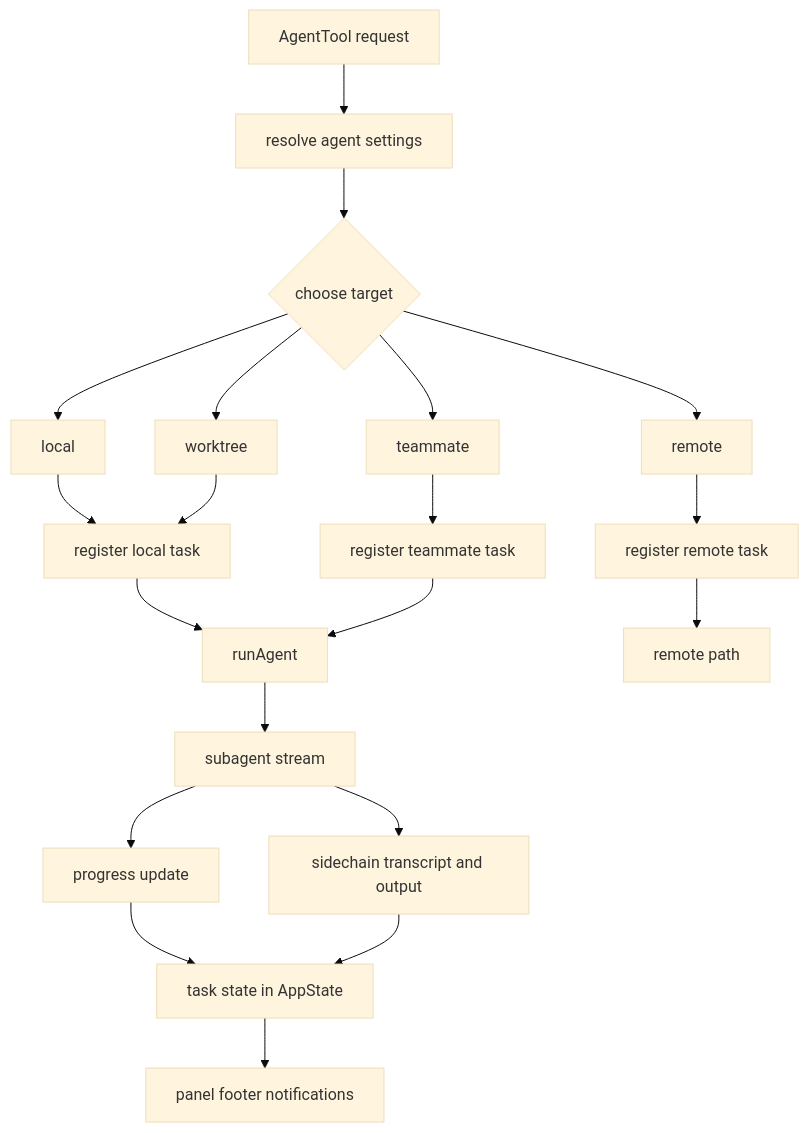
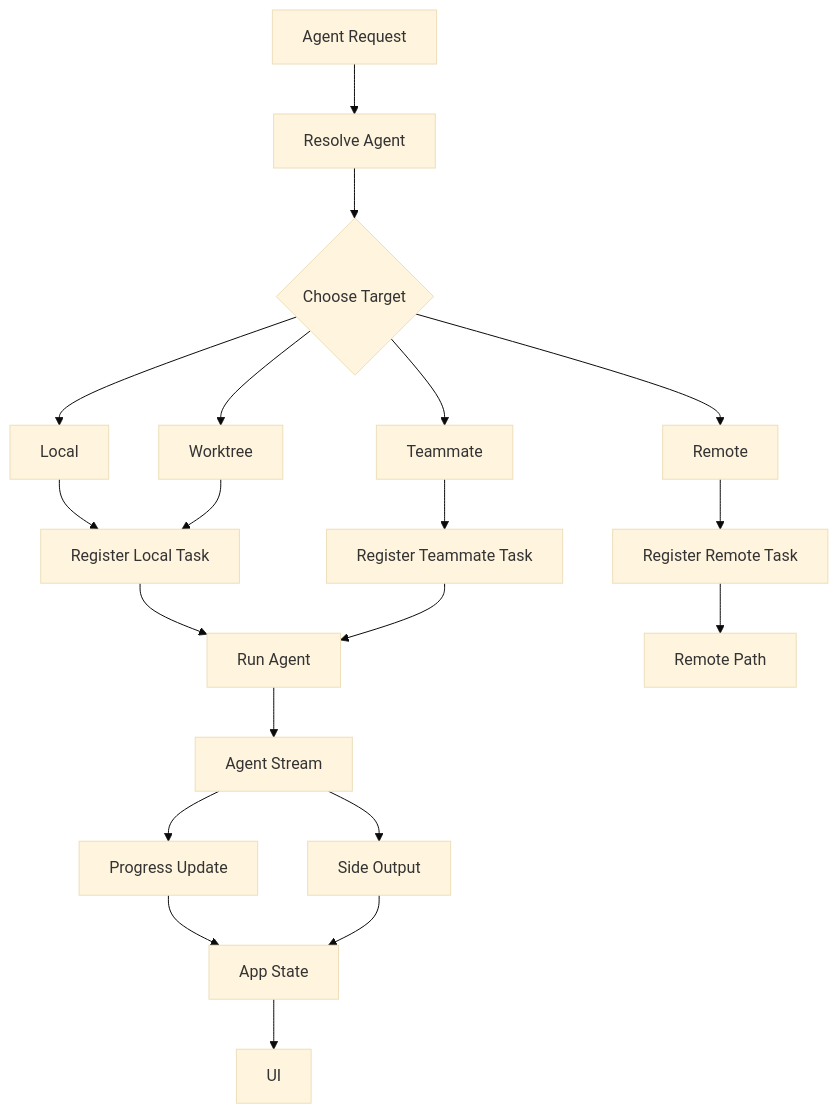
Before and after one commit to AICCer1/claude-code-build-architecture-deep-dive: diagram 33 of 44 in docs/00-architecture-all-in-one.md, drawn with Mermaid (base theme). The commit also changed other lines of this file, not shown here.

Commit message:
Simplify section 10 Mermaid diagrams for compatibility

````diff
--- a/docs/00-architecture-all-in-one.md
+++ b/docs/00-architecture-all-in-one.md
@@ -799,25 +798,25 @@
 ```mermaid
 flowchart TD
-    Request[AgentTool request] --> ResolveAgent[resolve agent settings]
-    ResolveAgent --> Isolation{choose target}
-    Isolation --> Local[local]
-    Isolation --> Worktree[worktree]
-    Isolation --> Remote[remote]
-    Isolation --> Teammate[teammate]
+    A[Agent Request] --> B[Resolve Agent]
+    B --> C{Choose Target}
+    C --> D[Local]
+    C --> E[Worktree]
+    C --> F[Remote]
+    C --> G[Teammate]
 
-    Local --> RegisterTask[register local task]
-    Worktree --> RegisterTask
-    Remote --> RegisterRemote[register remote task]
-    Teammate --> RegisterMate[register teammate task]
+    D --> H[Register Local Task]
+    E --> H
+    F --> I[Register Remote Task]
+    G --> J[Register Teammate Task]
 
-    RegisterTask --> RunAgent[runAgent]
-    RegisterRemote --> RemoteExec[remote path]
-    RegisterMate --> RunAgent
+    H --> K[Run Agent]
+    I --> L[Remote Path]
+    J --> K
 
-    RunAgent --> Stream[subagent stream]
-    Stream --> Progress[progress update]
-    Stream --> Sidechain[sidechain transcript and output]
-    Progress --> AppState[task state in AppState]
-    Sidechain --> AppState
-    AppState --> UI[panel footer notifications]
+    K --> M[Agent Stream]
+    M --> N[Progress Update]
+    M --> O[Side Output]
+    N --> P[App State]
+    O --> P
+    P --> Q[UI]
 ```
````
